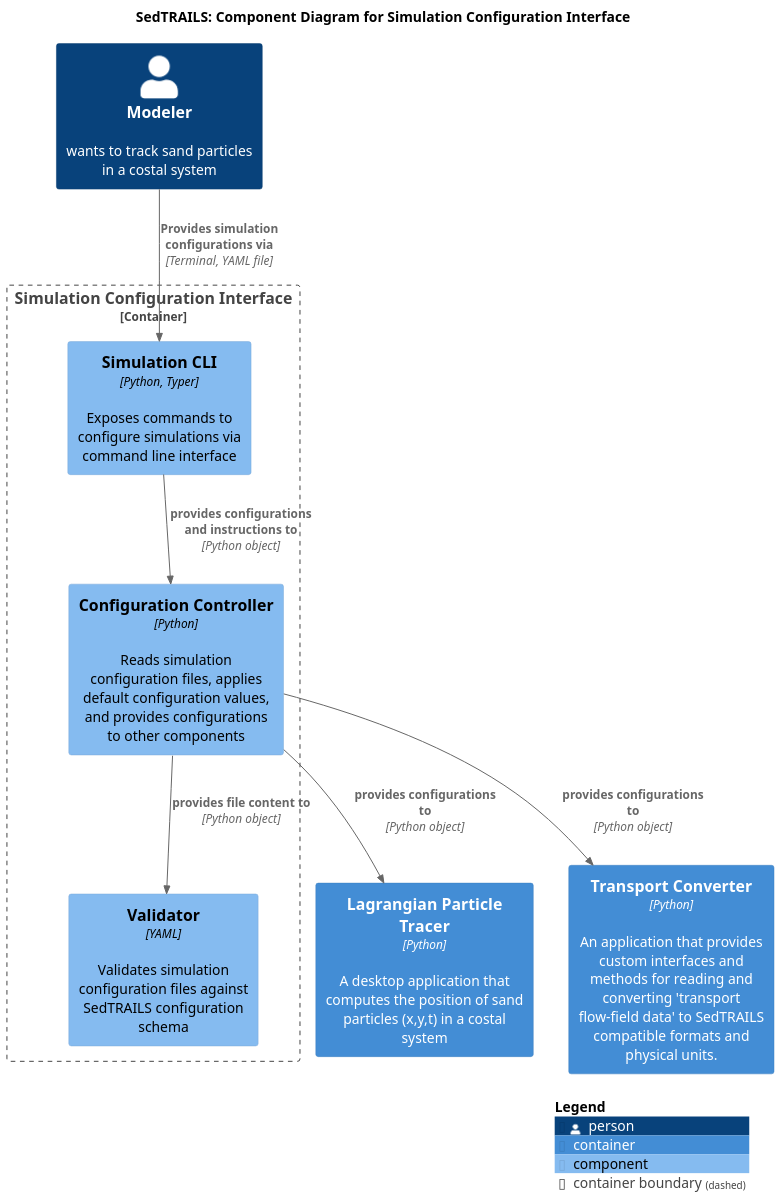
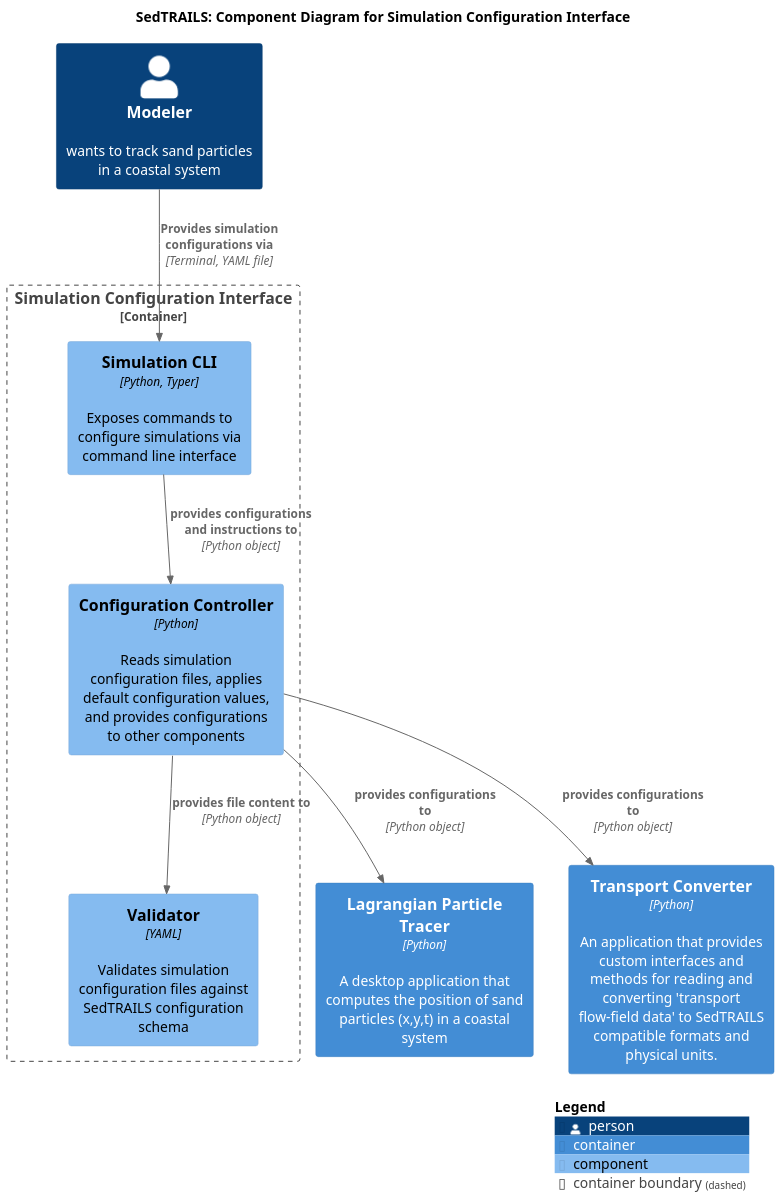
One commit to sgpearson17/sedtrails-sgp changed the diagram in diagrams/components-config-app.puml. Above: the diagram before and after it, drawn with PlantUML. The commit also changed 7 other files, not shown here.

Commit message:
final revisions of the diagrams

```diff
--- a/diagrams/components-config-app.puml
+++ b/diagrams/components-config-app.puml
@@ -1,26 +1,26 @@
 @startuml SedtrailComponentsConfigurationInterface
 !include ./c4/C4_Component.puml
 
 ' LAYOUT_LANDSCAPE()
 
 title SedTRAILS: Component Diagram for Simulation Configuration Interface
 scale 1.5
 
-Person(modeler, "Modeler", "wants to track sand particles in a costal system")
-Container(particleTracer, "Lagrangian Particle Tracer", "Python", "A desktop application that computes the position of sand particles (x,y,t) in a costal system")
+Person(modeler, "Modeler", "wants to track sand particles in a coastal system")
+Container(particleTracer, "Lagrangian Particle Tracer", "Python", "A desktop application that computes the position of sand particles (x,y,t) in a coastal system")
 Container(transportConverter, "Transport Converter", "Python", "An application that provides custom interfaces and methods for reading and converting 'transport flow-field data' to SedTRAILS compatible formats and physical units.")
 
 Container_Boundary(configInterface, "Simulation Configuration Interface", "Python", "An application that reads and interprets simulation configuration files"){
     Component(simulCli, "Simulation CLI", "Python, Typer", "Exposes commands to configure simulations via command line interface")
     Component(configController, "Configuration Controller", "Python", "Reads simulation configuration files, applies default configuration values, and provides configurations to other components")
     Component(configValidator, "Validator", "YAML", "Validates simulation configuration files against SedTRAILS configuration schema")
     Rel(configController, configValidator, "provides file content to", "Python object")
     Rel(simulCli, configController, "provides configurations and instructions to", "Python object")
 }
 
 Rel(modeler, simulCli, "Provides simulation configurations via", "Terminal, YAML file")
 Rel(configController, particleTracer, "provides configurations to", "Python object")
 Rel(configController, transportConverter, "provides configurations to", "Python object")
 
 SHOW_LEGEND()
 @enduml
```
